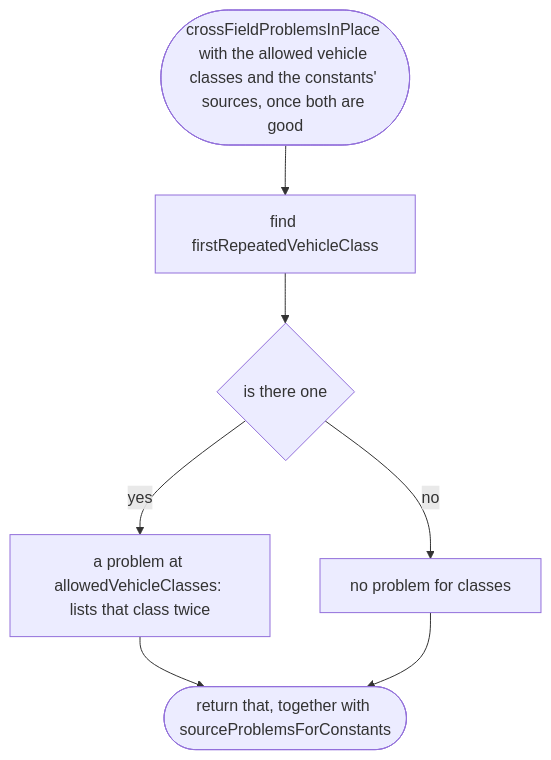
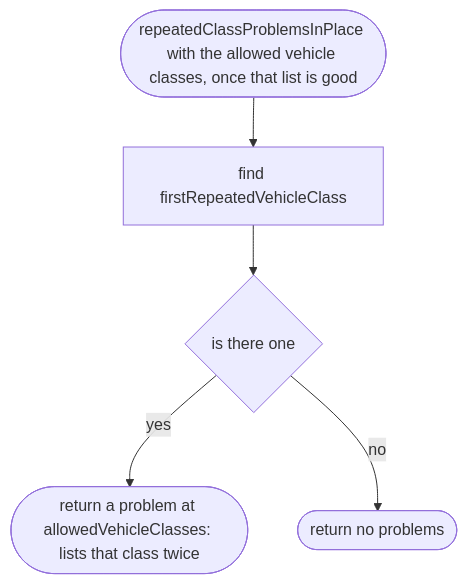
Before and after one commit to NewDara-Star/world-engine: the fourth of 5 diagrams in docs/designs/src/place/place.md, drawn with Mermaid. The commit also changed other lines of this file and 1 other file, not shown here.

Commit message:
Scope 002b: draw the place's two cross-field rules separately
The repeated-class rule and the source rule each run as soon as their own
field is good, so a broken source list never holds back the class check.

Claude-Session: https://claude.ai/code/session_01AR6zWvV1QgnYj7wLweRBM6

````diff
--- a/docs/designs/src/place/place.md
+++ b/docs/designs/src/place/place.md
@@ -54,15 +54,12 @@
 ```mermaid
 flowchart TD
-  s(["crossFieldProblemsInPlace with the allowed vehicle classes and the constants' sources, once both are good"])
+  s(["repeatedClassProblemsInPlace with the allowed vehicle classes, once that list is good"])
   a["find firstRepeatedVehicleClass"]
   b{"is there one"}
-  c["a problem at allowedVehicleClasses: lists that class twice"]
-  d["no problem for classes"]
-  e(["return that, together with sourceProblemsForConstants"])
+  c(["return a problem at allowedVehicleClasses: lists that class twice"])
+  d(["return no problems"])
   s --> a
   a --> b
   b -->|"yes"| c
   b -->|"no"| d
-  c --> e
-  d --> e
 ```
````
